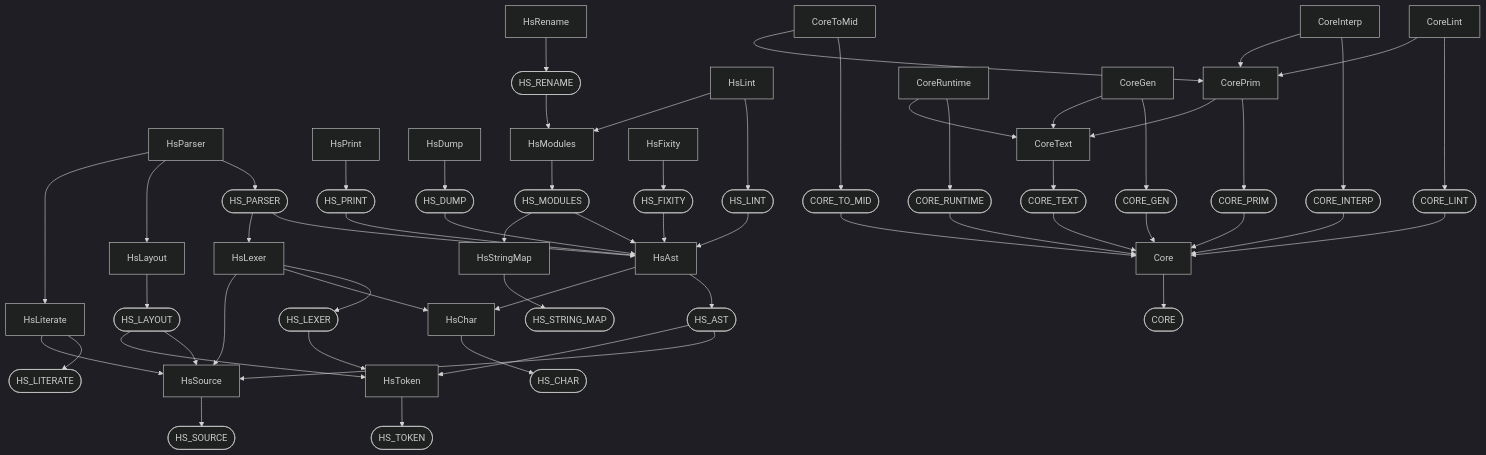
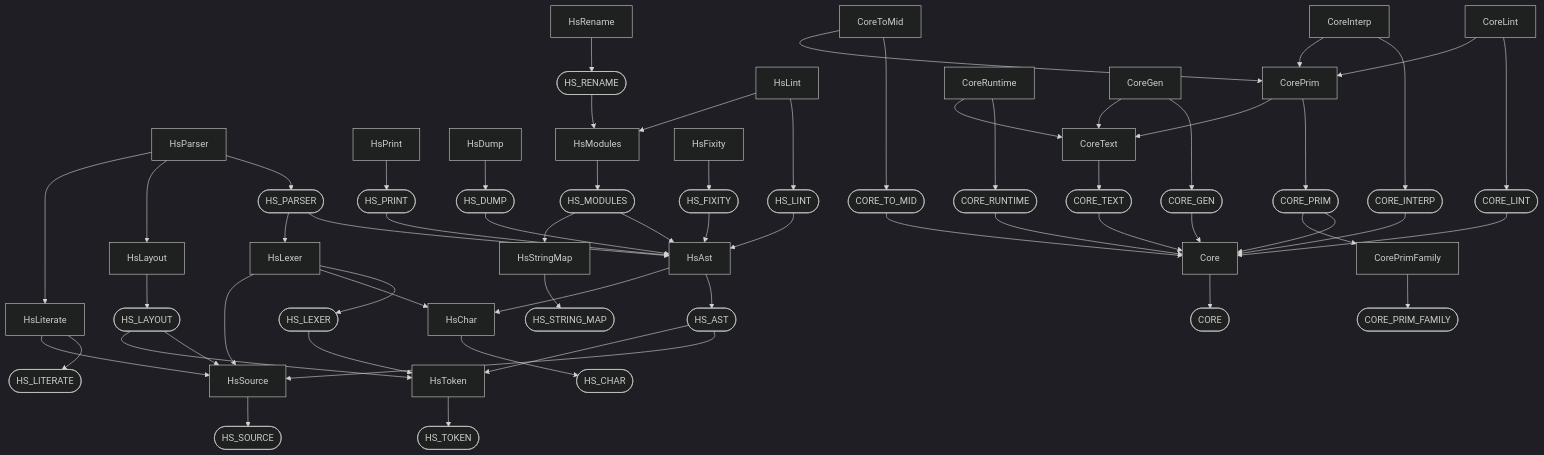
The second of 2 diagrams in docs/lib/language/haskell/depends.md (ruudkoot/rune), drawn with Mermaid (dark theme) before and after one commit. The commit also changed other lines of this file and 20 other files, not shown here.

Commit message:
Write the Haskell library's reference pages again, CorePrim's, CorePrimFamily's and CoreRuntime's among them (haskell98 M17)

````diff
--- a/docs/lib/language/haskell/depends.md
+++ b/docs/lib/language/haskell/depends.md
@@ -64,18 +64,20 @@
   n31["Core"]
   n32(["CORE_TEXT"])
   n33["CoreText"]
-  n34(["CORE_PRIM"])
-  n35["CorePrim"]
-  n36(["CORE_RUNTIME"])
-  n37["CoreRuntime"]
-  n38(["CORE_LINT"])
-  n39["CoreLint"]
-  n40(["CORE_INTERP"])
-  n41["CoreInterp"]
-  n42(["CORE_GEN"])
-  n43["CoreGen"]
-  n44(["CORE_TO_MID"])
-  n45["CoreToMid"]
+  n34(["CORE_PRIM_FAMILY"])
+  n35["CorePrimFamily"]
+  n36(["CORE_PRIM"])
+  n37["CorePrim"]
+  n38(["CORE_RUNTIME"])
+  n39["CoreRuntime"]
+  n40(["CORE_LINT"])
+  n41["CoreLint"]
+  n42(["CORE_INTERP"])
+  n43["CoreInterp"]
+  n44(["CORE_GEN"])
+  n45["CoreGen"]
+  n46(["CORE_TO_MID"])
+  n47["CoreToMid"]
   n1 --> n0
   n3 --> n2
   n5 --> n4
@@ -115,22 +117,24 @@
   n31 --> n30
   n32 --> n31
   n33 --> n32
-  n34 --> n31
   n35 --> n34
-  n35 --> n33
   n36 --> n31
+  n36 --> n35
   n37 --> n36
   n37 --> n33
   n38 --> n31
   n39 --> n38
-  n39 --> n35
+  n39 --> n33
   n40 --> n31
   n41 --> n40
-  n41 --> n35
+  n41 --> n37
   n42 --> n31
   n43 --> n42
-  n43 --> n33
+  n43 --> n37
   n44 --> n31
   n45 --> n44
-  n45 --> n35
+  n45 --> n33
+  n46 --> n31
+  n47 --> n46
+  n47 --> n37
 ```
````
